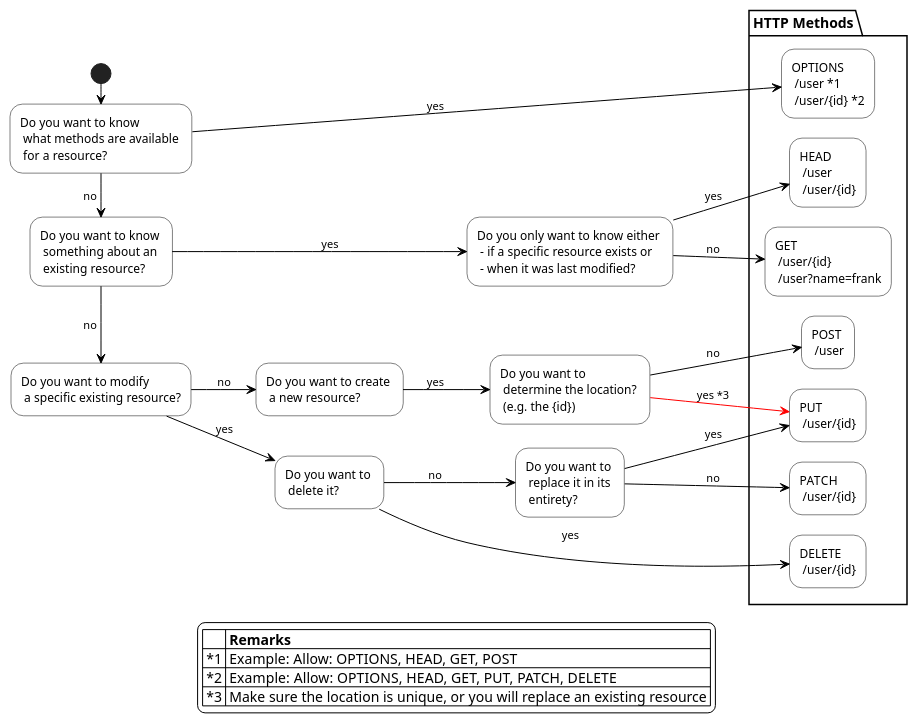
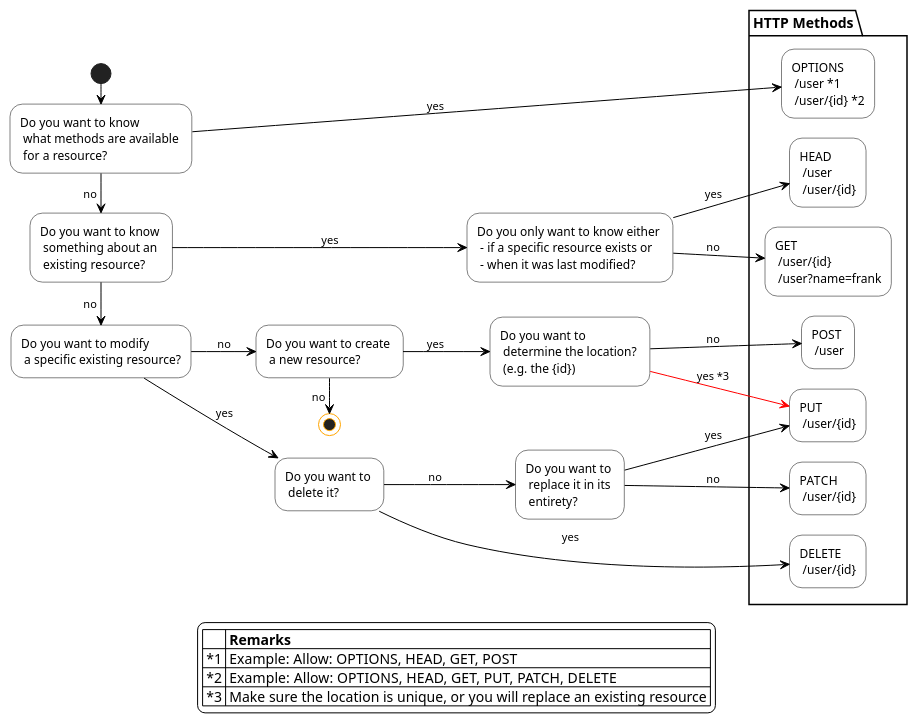
The diagram in graphs/HTTP-methods-overview.puml (PrinsFrank/PrinsFrank.nl), drawn with PlantUML before and after one commit.

Commit message:
Add missing 'no' line for not determining the location

```diff
--- a/graphs/HTTP-methods-overview.puml
+++ b/graphs/HTTP-methods-overview.puml
@@ -1,39 +1,41 @@
 @startuml
 
 skinparam arrowColor black
 
 skinparam activityBackgroundColor transparent
 skinparam legendBackgroundColor transparent
 skinparam activityBorderColor black
+skinparam activityEndColor orange
 
 left to right direction
 
 (*) -> "Do you want to know \n what methods are available \n for a resource?" as Q1
 Q1 -> [ no ] "Do you want to know \n something about an \n existing resource?" as Q2
 Q2 --> [ yes ] "Do you only want to know either \n - if a specific resource exists or \n - when it was last modified?" as Q3
 Q2 -> [ no ] "Do you want to modify \n a specific existing resource?" as Q4
 Q4 --> [ yes ] "Do you want to \n delete it?" as Q5
 Q5 --> [ no ] "Do you want to \n replace it in its \n entirety?" as Q6
 Q4 -> [ no ] "Do you want to create \n a new resource?" as Q7
 Q7 --> [ yes ] "Do you want to \n determine the location? \n (e.g. the {id})" as Q8
 
 partition "HTTP Methods" {
     Q1 --> [ yes ] "OPTIONS \n /user *1 \n /user/{id} *2" as OPTIONS
     Q3 --> [ yes ] "HEAD \n /user \n /user/{id}" as HEAD
     Q3 --> [ no ] "GET \n /user/{id} \n /user?name=frank" as GET
     Q5 --> [ yes ] "DELETE \n /user/{id}" as DELETE
     Q6 --> [ yes ] "PUT \n /user/{id}" as PUT
     Q6 --> [ no ] "PATCH \n /user/{id}" as PATCH
     Q8 --> [ no ] "POST \n /user" as POST
+    Q8 -[#red]-> [ yes *3 ] PUT
 }
 
-Q8 -[#red]-> [ yes *3 ] PUT
+Q7 -> [ no ] (*)
 
 legend
 |= |= Remarks |
 | *1 | Example: Allow: OPTIONS, HEAD, GET, POST |
 | *2 | Example: Allow: OPTIONS, HEAD, GET, PUT, PATCH, DELETE |
 | *3 | Make sure the location is unique, or you will replace an existing resource |
 endlegend
 
 @enduml
```
